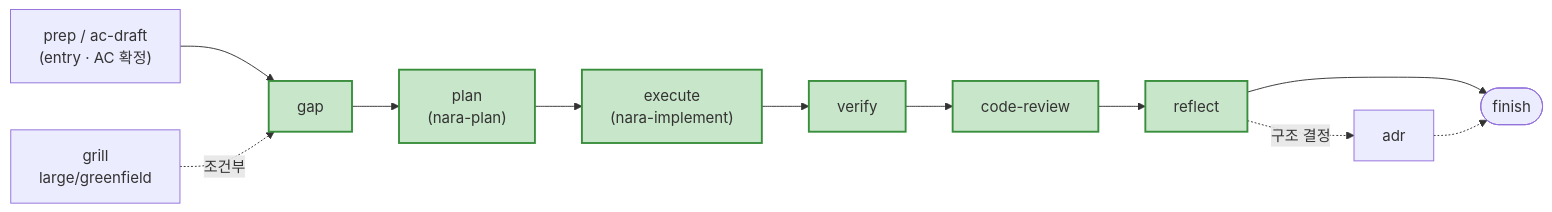
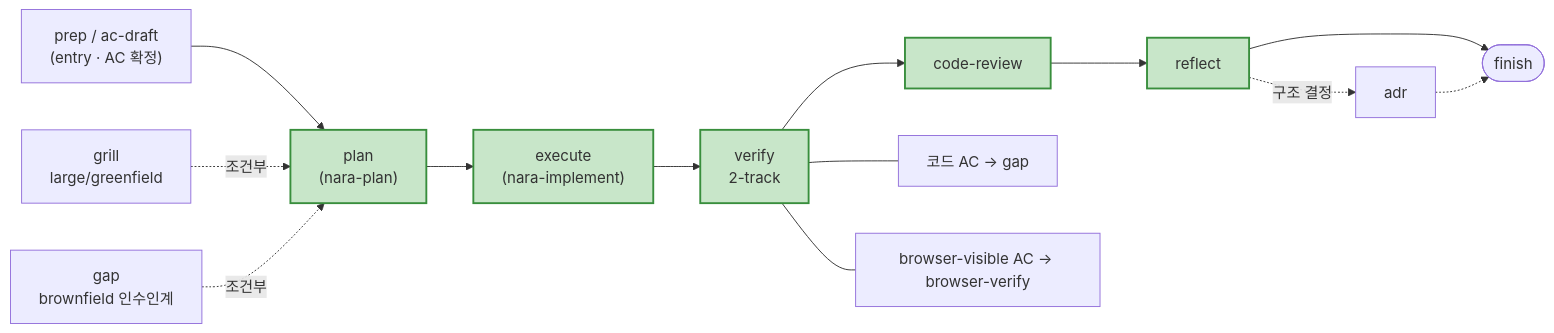
Before and after one commit to narashin/nara-kit: the first of 2 diagrams in skills/README.md, drawn with Mermaid. The commit also changed other lines of this file and 19 other files, not shown here.

Commit message:
feat: nara-browser-verify 신설 + dev-mode spine 5단계·verify 2-track 전환

````diff
--- a/skills/README.md
+++ b/skills/README.md
@@ -114,13 +115,15 @@
 ```mermaid
 flowchart LR
-    E["prep / ac-draft<br>(entry · AC 확정)"] --> G[gap] --> P["plan<br>(nara-plan)"] --> X["execute<br>(nara-implement)"] --> V[verify] --> R[code-review] --> RF[reflect] --> F([finish])
-    B["grill<br>large/greenfield"] -. 조건부 .-> G
+    E["prep / ac-draft<br>(entry · AC 확정)"] --> P["plan<br>(nara-plan)"] --> X["execute<br>(nara-implement)"] --> V["verify<br>2-track"] --> R[code-review] --> RF[reflect] --> F([finish])
+    B["grill<br>large/greenfield"] -. 조건부 .-> P
+    G["gap<br>brownfield 인수인계"] -. 조건부 .-> P
+    V --- V1["코드 AC → gap"]
+    V --- V2["browser-visible AC → browser-verify"]
     RF -. 구조 결정 .-> A[adr] -.-> F
 
-    style G fill:#c8e6c9,stroke:#388e3c,stroke-width:2px
     style P fill:#c8e6c9,stroke:#388e3c,stroke-width:2px
     style X fill:#c8e6c9,stroke:#388e3c,stroke-width:2px
     style V fill:#c8e6c9,stroke:#388e3c,stroke-width:2px
     style R fill:#c8e6c9,stroke:#388e3c,stroke-width:2px
     style RF fill:#c8e6c9,stroke:#388e3c,stroke-width:2px
 ```
````
